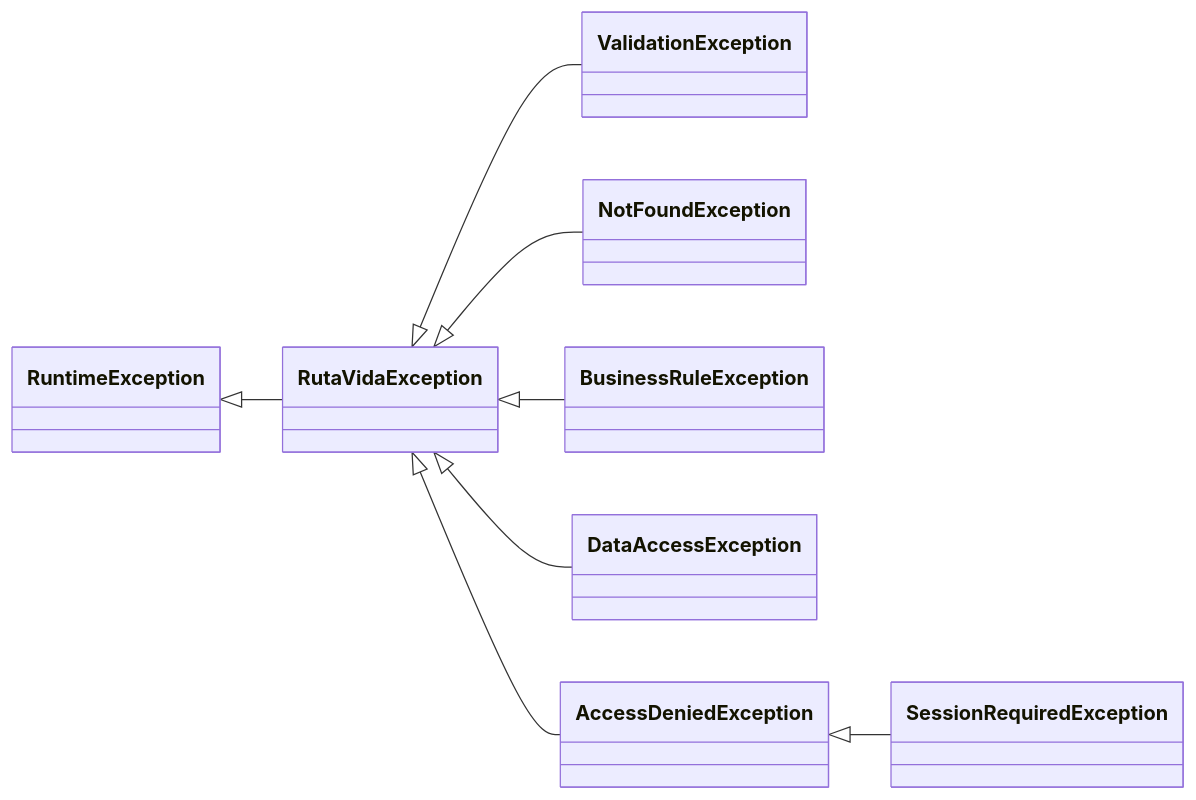
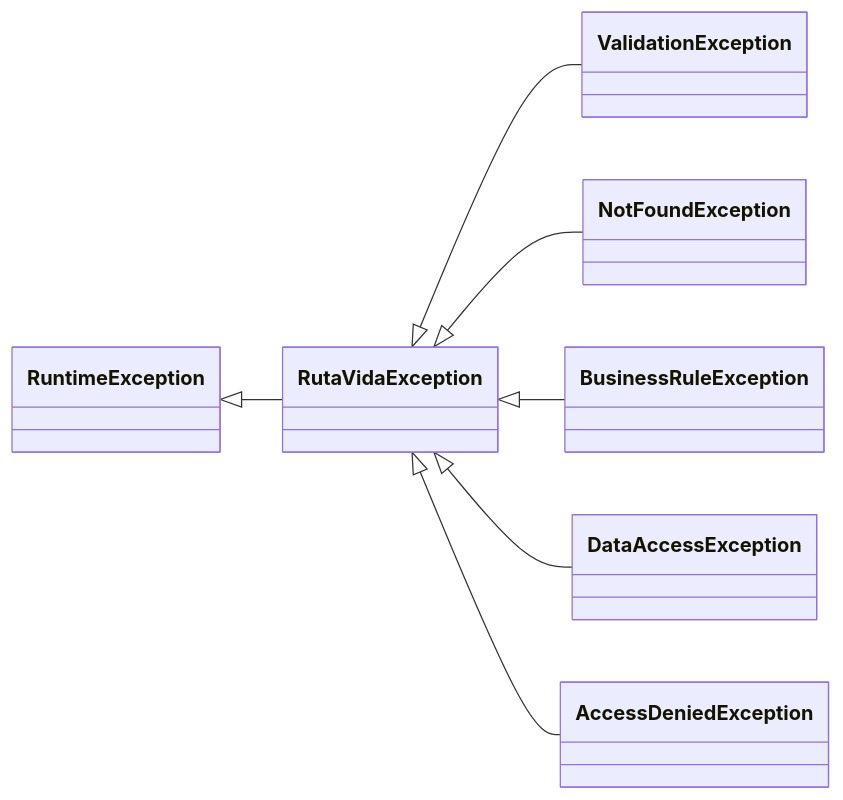
One commit to afzabaleta/RutaVida changed diagram 21 of 23 in docs/class-diagram.md. Above: the diagram before and after it, drawn with Mermaid. The commit also changed other lines of this file, not shown here.

Commit message:
docs: sync-route-service-diagram

````diff
--- a/docs/class-diagram.md
+++ b/docs/class-diagram.md
@@ -1635,25 +1639,23 @@
 ```mermaid
 ---
 config:
   markdownAutoWrap: false
 ---
 classDiagram
     direction LR
 
     class RuntimeException
     class RutaVidaException
     class ValidationException
     class NotFoundException
     class BusinessRuleException
     class DataAccessException
     class AccessDeniedException
-    class SessionRequiredException
 
     RuntimeException <|-- RutaVidaException
     RutaVidaException <|-- ValidationException
     RutaVidaException <|-- NotFoundException
     RutaVidaException <|-- BusinessRuleException
     RutaVidaException <|-- DataAccessException
     RutaVidaException <|-- AccessDeniedException
-    AccessDeniedException <|-- SessionRequiredException
 ```
````
